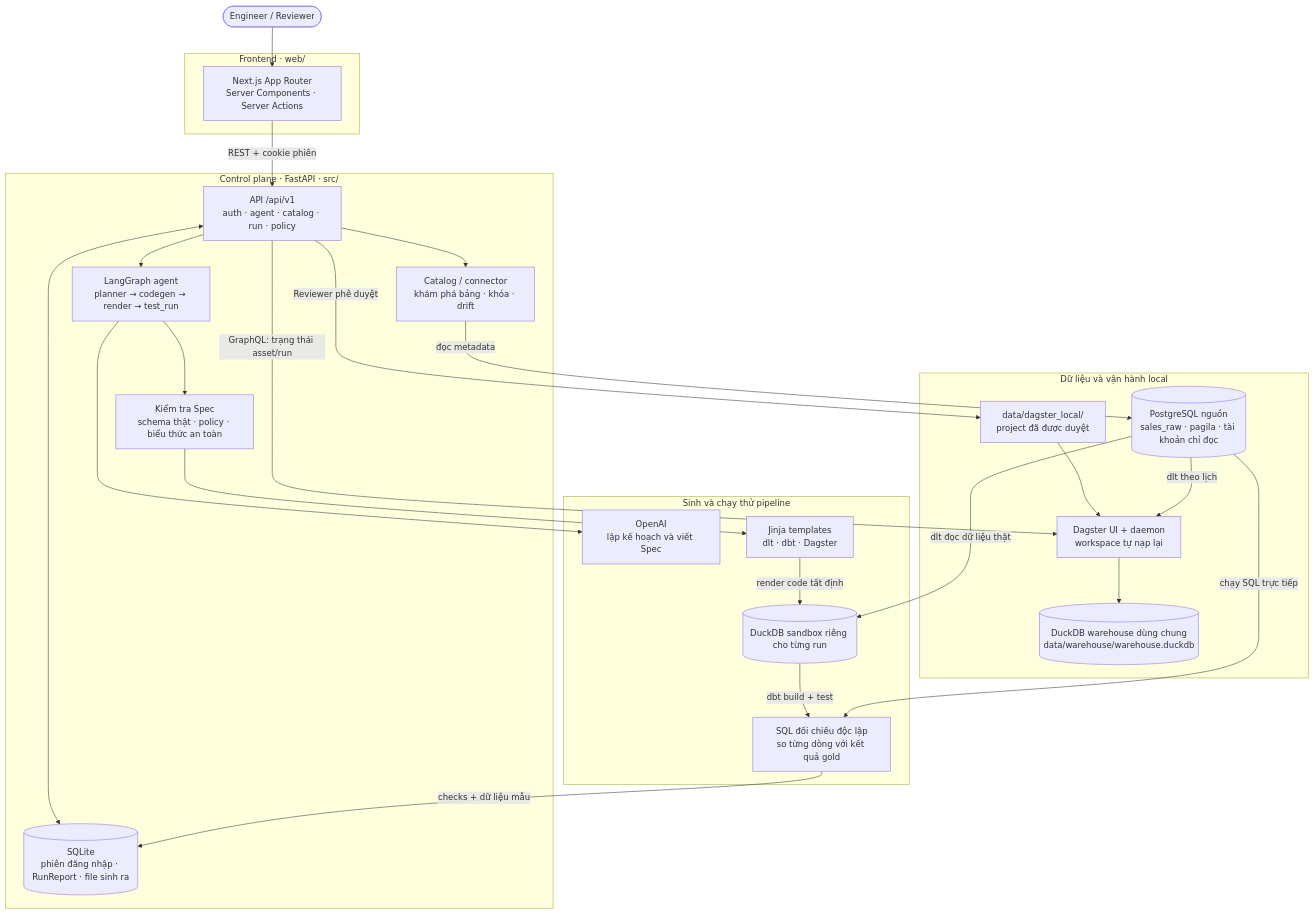
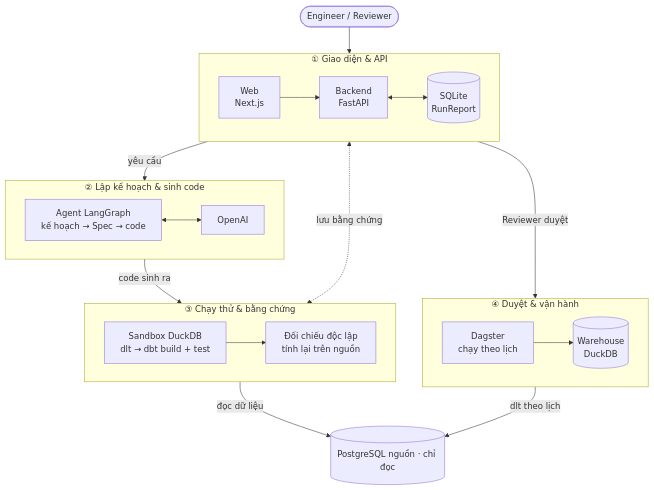
The diagram in README.md (ducthais/atomesus), drawn with Mermaid before and after one commit.

Commit message:
docs(readme): simplify the architecture diagram
Group the 16 boxes into the four parts described below the diagram
(UI & API, planning & codegen, sandbox & evidence, review & operations),
link the groups instead of individual nodes so each reads on one row,
and put the Postgres source at the bottom.

````diff
--- a/README.md
+++ b/README.md
@@ -45,49 +45,34 @@
 ```mermaid
 flowchart TB
-    U([Engineer / Reviewer]) --> W
+    U(["Engineer / Reviewer"])
 
-    subgraph UI["Frontend · web/"]
-        W["Next.js App Router<br/>Server Components · Server Actions"]
+    subgraph APP["① Giao diện & API"]
+        direction LR
+        W["Web<br/>Next.js"] --> A["Backend<br/>FastAPI"] <--> E[("SQLite<br/>RunReport")]
     end
 
-    subgraph CONTROL["Control plane · FastAPI · src/"]
-        A["API /api/v1<br/>auth · agent · catalog · run · policy"]
-        G["LangGraph agent<br/>planner → codegen → render → test_run"]
-        V["Kiểm tra Spec<br/>schema thật · policy · biểu thức an toàn"]
-        C["Catalog / connector<br/>khám phá bảng · khóa · drift"]
-        E[("SQLite<br/>phiên đăng nhập · RunReport · file sinh ra")]
+    subgraph AI["② Lập kế hoạch & sinh code"]
+        direction LR
+        G["Agent LangGraph<br/>kế hoạch → Spec → code"] <--> L["OpenAI"]
     end
 
-    subgraph BUILD["Sinh và chạy thử pipeline"]
-        L["OpenAI<br/>lập kế hoạch và viết Spec"]
-        T["Jinja templates<br/>dlt · dbt · Dagster"]
-        S[("DuckDB sandbox riêng cho từng run")]
-        R["SQL đối chiếu độc lập<br/>so từng dòng với kết quả gold"]
+    subgraph TEST["③ Chạy thử & bằng chứng"]
+        direction LR
+        S["Sandbox DuckDB<br/>dlt → dbt build + test"] --> R["Đối chiếu độc lập<br/>tính lại trên nguồn"]
     end
 
-    subgraph DATA["Dữ liệu và vận hành local"]
-        P[("PostgreSQL nguồn<br/>sales_raw · pagila · tài khoản chỉ đọc")]
-        X["data/dagster_local/<br/>project đã được duyệt"]
-        D["Dagster UI + daemon<br/>workspace tự nạp lại"]
-        H[("DuckDB warehouse dùng chung<br/>data/warehouse/warehouse.duckdb")]
+    subgraph OPS["④ Duyệt & vận hành"]
+        direction LR
+        D["Dagster<br/>chạy theo lịch"] --> H[("Warehouse<br/>DuckDB")]
     end
 
-    W -->|"REST + cookie phiên"| A
-    A --> G
-    A --> C
-    A <--> E
-    C -->|"đọc metadata"| P
-    G --> L
-    G --> V
-    V --> T
-    T -->|"render code tất định"| S
-    P -->|"dlt đọc dữ liệu thật"| S
-    S -->|"dbt build + test"| R
-    P -->|"chạy SQL trực tiếp"| R
-    R -->|"checks + dữ liệu mẫu"| E
-    A -->|"Reviewer phê duyệt"| X
-    X --> D
-    P -->|"dlt theo lịch"| D
-    D --> H
-    A -->|"GraphQL: trạng thái asset/run"| D
+    P[("PostgreSQL nguồn · chỉ đọc")]
+
+    U --> APP
+    APP -->|yêu cầu| AI
+    AI -->|code sinh ra| TEST
+    APP <-.->|lưu bằng chứng| TEST
+    APP -->|Reviewer duyệt| OPS
+    TEST -->|đọc dữ liệu| P
+    OPS -->|dlt theo lịch| P
 ```
````
